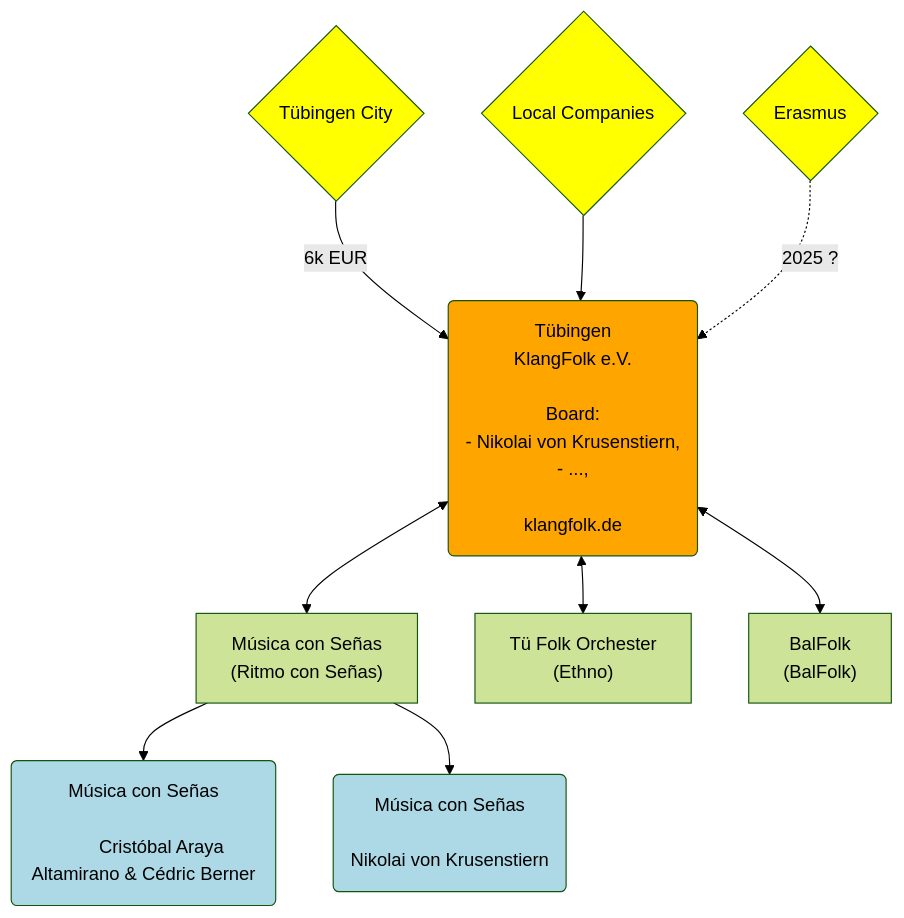
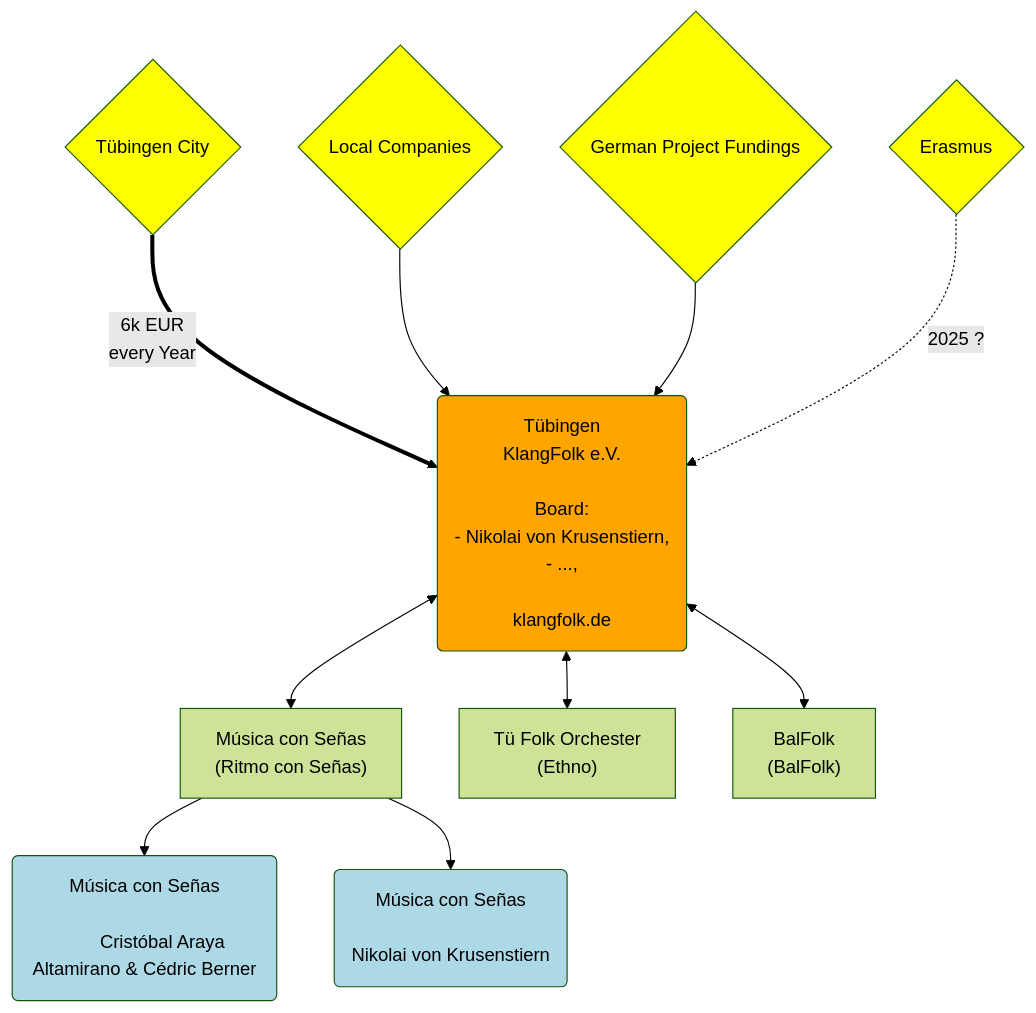
The second of 2 diagrams in README.md (Ritmo-con-Senas/orgcharts), drawn with Mermaid before and after one commit.

Commit message:
Add Project Funding

````diff
--- a/README.md
+++ b/README.md
@@ -69,46 +69,49 @@
 ```mermaid
 %%{init: {'theme':'forest'}}%%
 flowchart TD
     E{Erasmus}
 
     TUE{Tübingen City}
 
+    P{German Project Fundings}
+
     TUE_LOC{Local Companies}
     
     KF(Tübingen<br>KlangFolk e.V.<br>
     Board:<br>- Nikolai von Krusenstiern,<br>- ...,<br>
     klangfolk.de)
 
-    TUE --> |6k EUR| KF
+    TUE ==> |6k EUR<br>every Year| KF
     TUE_LOC --> KF
+    P --> KF
     E -.-> |2025 ?| KF
 
     MCS["Música con Señas<br>(Ritmo con Señas)"]
     TF["Tü Folk Orchester<br>(Ethno)"]
     BF["BalFolk<br>(BalFolk)"]
 
     KF <--> MCS
     KF <--> TF
     KF <--> BF
 
     MCS_1(Música con Señas<br>
         Cristóbal Araya Altamirano & Cédric Berner)
 
     MCS_2(Música con Señas<br>
         Nikolai von Krusenstiern)    
     
     MCS --> MCS_1
     MCS --> MCS_2
 
 %%    linkStyle 11 stroke-width:4px,stroke:blue
 
     classDef BLUE fill:lightblue
     classDef YEL fill:yellow
     classDef BLU fill:skyblue
     classDef ORA fill:orange
 
     class rcs,MCS_1,MCS_2,DA_MCS,B_P,B_R BLUE
     class x BLU
-    class E,TUE,TUE_LOC YEL
+    class E,TUE,TUE_LOC,P YEL
     class KF ORA
 ```
````
